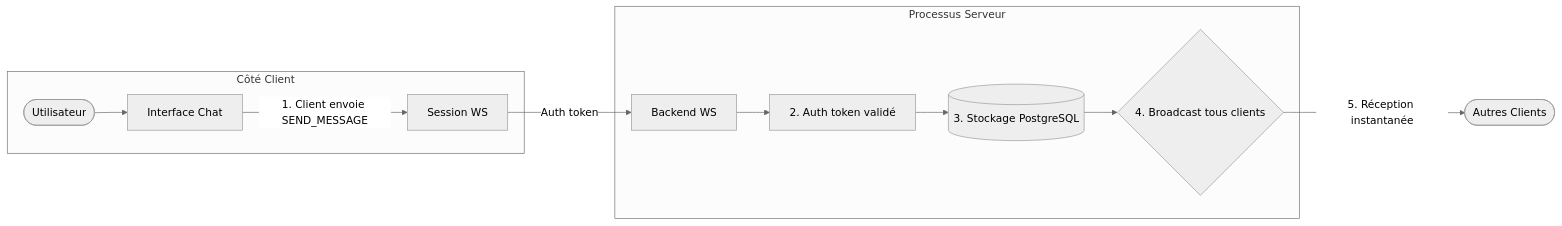
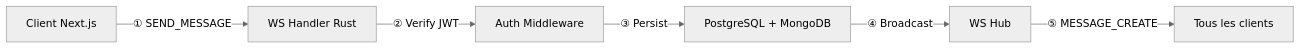
The second of 4 diagrams in README.md (florian-billon/voisins-connect), drawn with Mermaid (neutral theme) before and after one commit. The commit also changed other lines of this file, not shown here.

Commit message:
docs: clean WebSocket diagram - linear flowchart only rectangles

````diff
--- a/README.md
+++ b/README.md
@@ -330,17 +330,8 @@
 ```mermaid
 flowchart LR
-    subgraph Frontend [Côté Client]
-    U([Utilisateur]) --> UI[Interface Chat]
-    UI -- "1. Client envoie SEND_MESSAGE" --> WS_C[Session WS]
-    end
-
-    WS_C -- "Auth token" --> WS_H[Backend WS]
-
-    subgraph Backend [Processus Serveur]
-    WS_H --> Auth[2. Auth token validé]
-    Auth --> DB[(3. Stockage PostgreSQL)]
-    DB --> Hub{4. Broadcast tous clients}
-    end
-
-    Hub -- "5. Réception instantanée" --> Peers([Autres Clients])
+    A[Client Next.js] -->|"① SEND_MESSAGE"| B[WS Handler Rust]
+    B -->|"② Verify JWT"| C[Auth Middleware]
+    C -->|"③ Persist"| D[PostgreSQL + MongoDB]
+    D -->|"④ Broadcast"| E[WS Hub]
+    E -->|"⑤ MESSAGE_CREATE"| F[Tous les clients]
 ```
````
